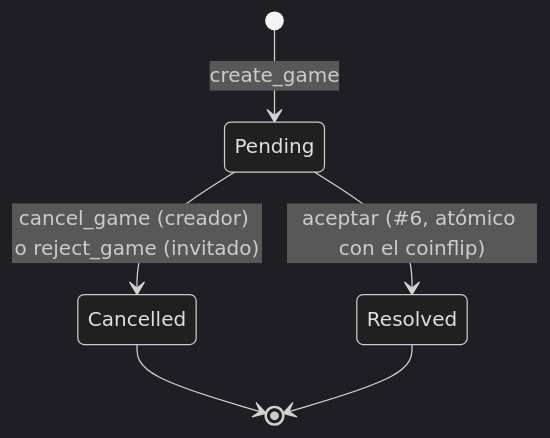
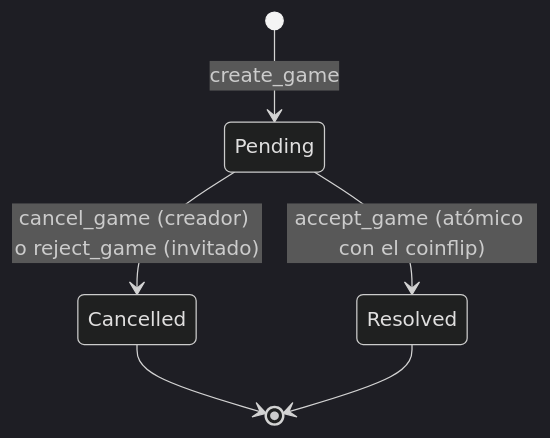
Before and after one commit to sdelvalle57/sui_battleship: the diagram in contracts/README.md, drawn with Mermaid (dark theme). The commit also changed other lines of this file and 7 other files, not shown here.

First line of the commit message:
docs: document accept_game and the isolated localnet procedure (#6)

````diff
--- a/contracts/README.md
+++ b/contracts/README.md
@@ -183,8 +184,8 @@
 ```mermaid
 stateDiagram-v2
     [*] --> Pending: create_game
     Pending --> Cancelled: cancel_game (creador) o reject_game (invitado)
-    Pending --> Resolved: aceptar (#6, atómico con el coinflip)
+    Pending --> Resolved: accept_game (atómico con el coinflip)
     Cancelled --> [*]
     Resolved --> [*]
 ```
````
